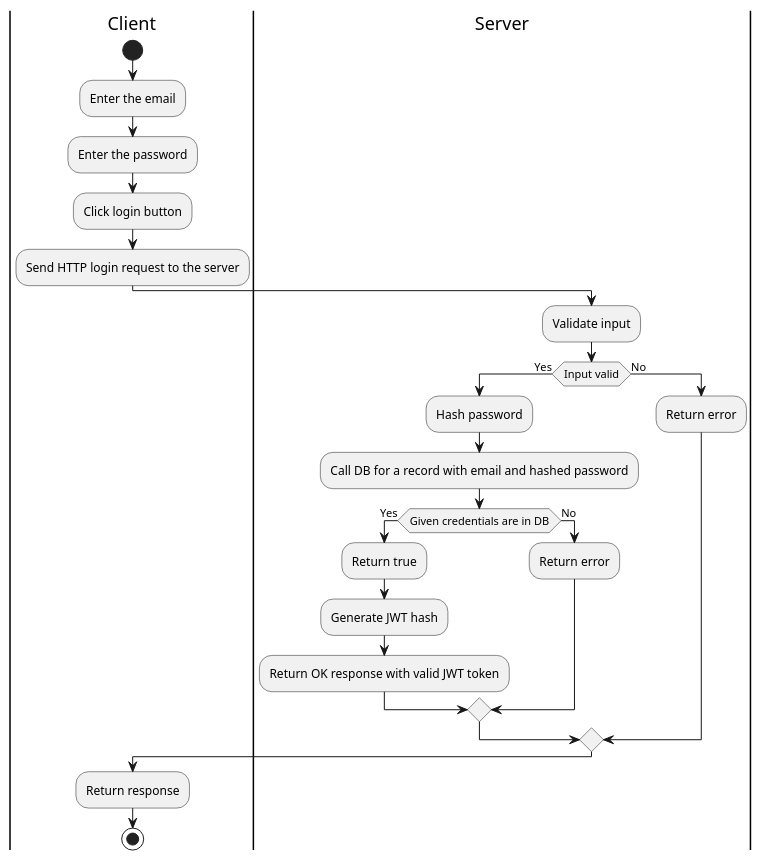
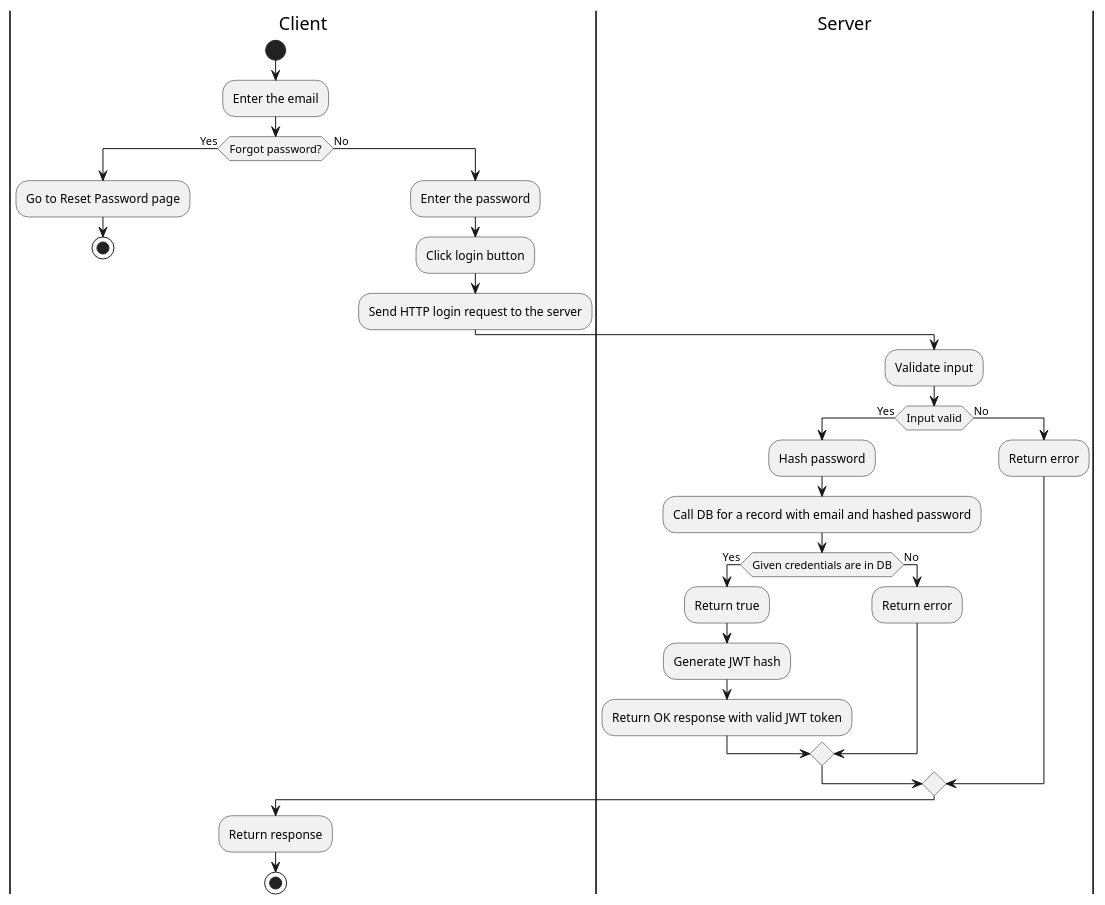
One commit to hakanyildizhan/pwr-22-spring-css-ii-st-gpp changed the diagram in docs/activity-diagrams/login.puml. Above: the diagram before and after it, drawn with PlantUML. The commit also changed 2 other files, not shown here.

```diff
--- a/docs/activity-diagrams/login.puml
+++ b/docs/activity-diagrams/login.puml
@@ -1,31 +1,38 @@
-@startuml
+@startuml Login
 |Client|
 start
 |Client|
 :Enter the email;
-:Enter the password;
-:Click login button;
-:Send HTTP login request to the server;
-|Server|
-:Validate input;
-if (Input valid) then
+if (Forgot password?) then
  ->Yes;
- :Hash password;
- :Call DB for a record with email and hashed password;
- if (Given credentials are in DB) then
+ :Go to Reset Password page;
+ stop
+else
+ ->No;
+ :Enter the password;
+ :Click login button;
+ :Send HTTP login request to the server;
+ |Server|
+ :Validate input;
+ if (Input valid) then
   ->Yes;
-  :Return true;
-  :Generate JWT hash;
-  :Return OK response with valid JWT token;
+  :Hash password;
+  :Call DB for a record with email and hashed password;
+  if (Given credentials are in DB) then
+   ->Yes;
+   :Return true;
+   :Generate JWT hash;
+   :Return OK response with valid JWT token;
+  else
+   ->No;
+   :Return error;
+  endif
  else
-  ->No;
+  -> No;
   :Return error;
  endif
-else
- -> No;
- :Return error;
 endif
 |Client|
 :Return response;
 stop
 @enduml
```
